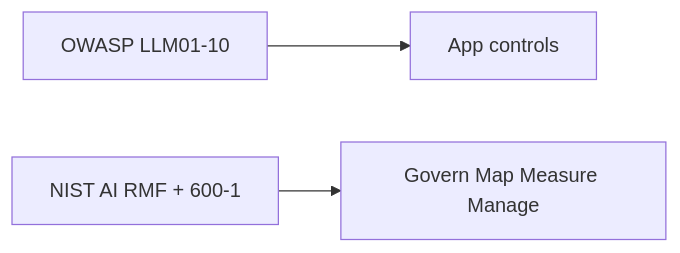
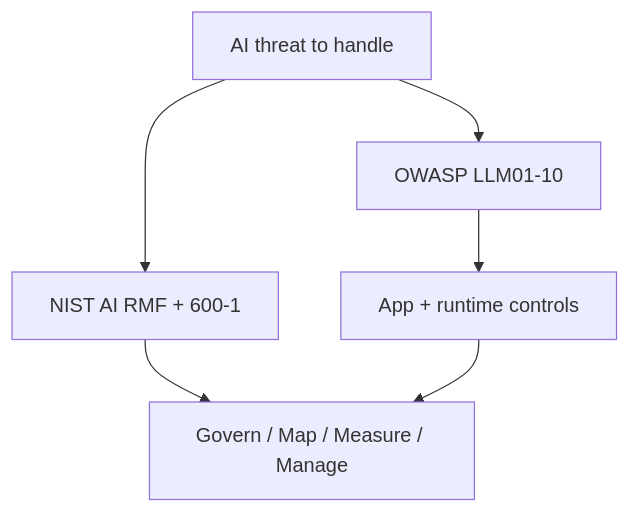
The diagram in 50-CHEAT-SHEETS/security-top10.md (krishnaviswa/AiLearner), drawn with Mermaid before and after one commit. The commit also changed 109 other files, not shown here.

Commit message:
Enhance dependency graphs and styling across multiple HTML files. Added class definitions for various components to improve visual representation and organization. Updated flowcharts to include subgraphs for better clarity in the architecture and decision-making processes.

````diff
--- a/50-CHEAT-SHEETS/security-top10.md
+++ b/50-CHEAT-SHEETS/security-top10.md
@@ -31,5 +31,8 @@
 ```mermaid
-flowchart LR
-  O[OWASP LLM01-10] --> App[App controls]
-  N[NIST AI RMF + 600-1] --> Org[Govern Map Measure Manage]
+flowchart TD
+  Threat[AI threat to handle] --> O[OWASP LLM01-10]
+  Threat --> N[NIST AI RMF + 600-1]
+  O --> App[App + runtime controls]
+  N --> Org[Govern / Map / Measure / Manage]
+  App --> Org
 ```
````
